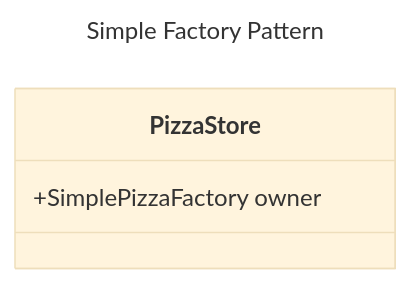
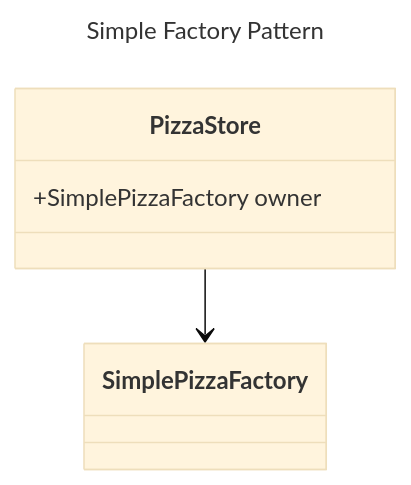
The diagram in FactoryPattern.md (sovan92/LowLevelDesignDocuments), drawn with Mermaid (base theme) before and after one commit.

````diff
--- a/FactoryPattern.md
+++ b/FactoryPattern.md
@@ -5,8 +5,10 @@
 ```mermaid
 ---
 title: Simple Factory Pattern
 ---
 classDiagram
     class PizzaStore
     PizzaStore : +SimplePizzaFactory owner
+    PizzaStore --> SimplePizzaFactory
+
 ```
````
